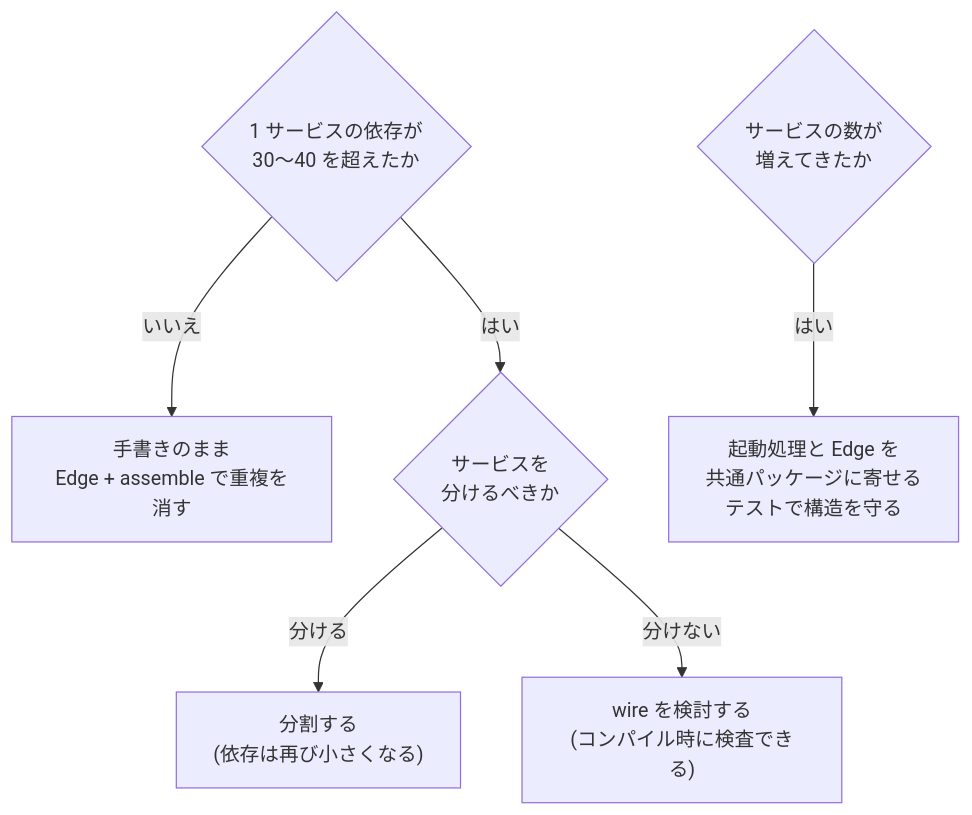
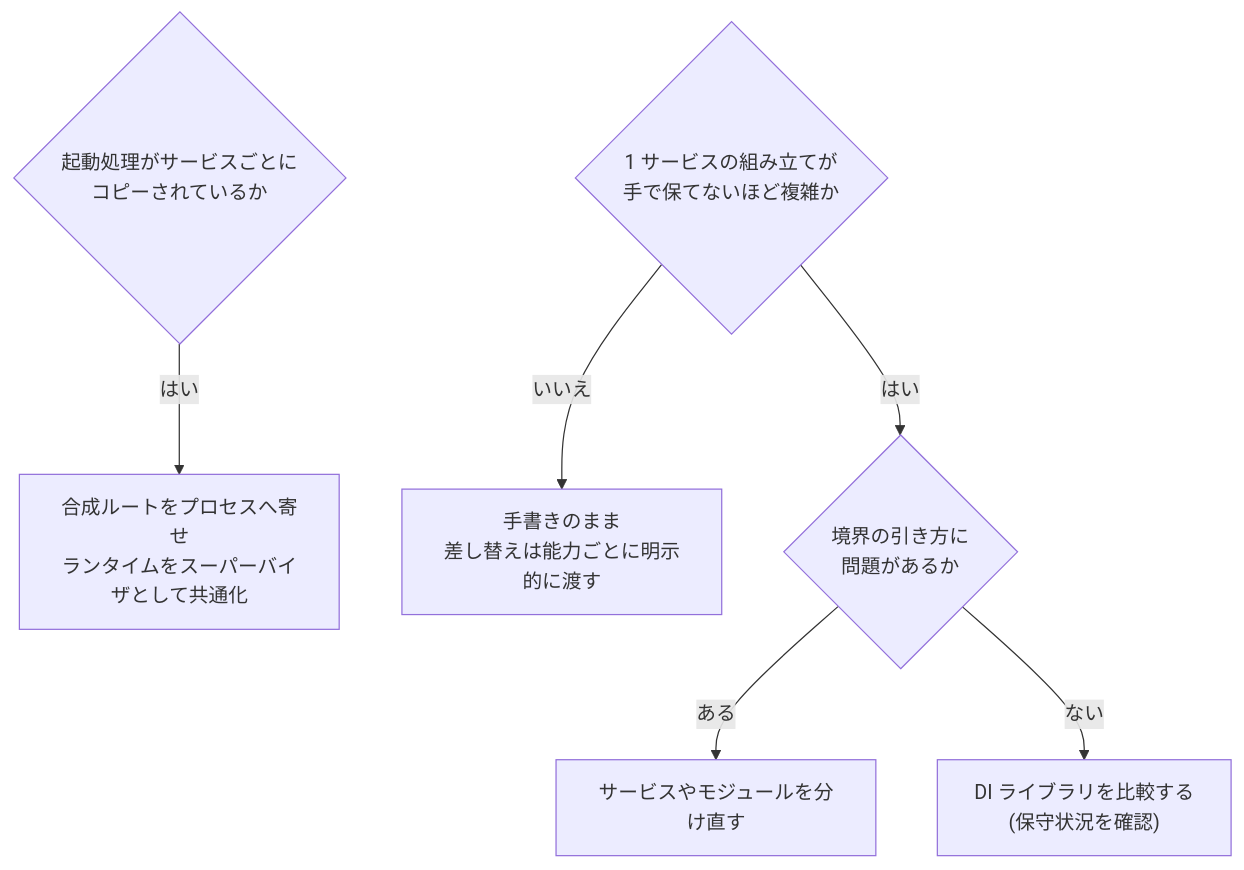
One commit to rikukaInoue/rikukadev changed the fourth of 4 diagrams in src/content/blog/go-di-library-when.mdx. Above: the diagram before and after it, drawn with Mermaid. The commit also changed other lines of this file, not shown here.

````diff
--- a/src/content/blog/go-di-library-when.mdx
+++ b/src/content/blog/go-di-library-when.mdx
@@ -411,9 +466,10 @@
 ```mermaid
 graph TB
-    Q1{"1 サービスの依存が<br/>30〜40 を超えたか"}
-    Q1 -->|"いいえ"| A1["手書きのまま<br/>Edge + assemble で重複を消す"]
-    Q1 -->|"はい"| Q2{"サービスを<br/>分けるべきか"}
-    Q2 -->|"分ける"| A2["分割する<br/>(依存は再び小さくなる)"]
-    Q2 -->|"分けない"| A3["wire を検討する<br/>(コンパイル時に検査できる)"]
-    Q3{"サービスの数が<br/>増えてきたか"} -->|"はい"| A4["起動処理と Edge を<br/>共通パッケージに寄せる<br/>テストで構造を守る"]
+    Q0{"起動処理がサービスごとに<br/>コピーされているか"}
+    Q0 -->|"はい"| A0["合成ルートをプロセスへ寄せ<br/>ランタイムをスーパーバイザとして共通化"]
+    Q1{"1 サービスの組み立てが<br/>手で保てないほど複雑か"}
+    Q1 -->|"いいえ"| A1["手書きのまま<br/>差し替えは能力ごとに明示的に渡す"]
+    Q1 -->|"はい"| Q2{"境界の引き方に<br/>問題があるか"}
+    Q2 -->|"ある"| A2["サービスやモジュールを分け直す"]
+    Q2 -->|"ない"| A3["DI ライブラリを比較する<br/>(保守状況を確認)"]
 ```
````
